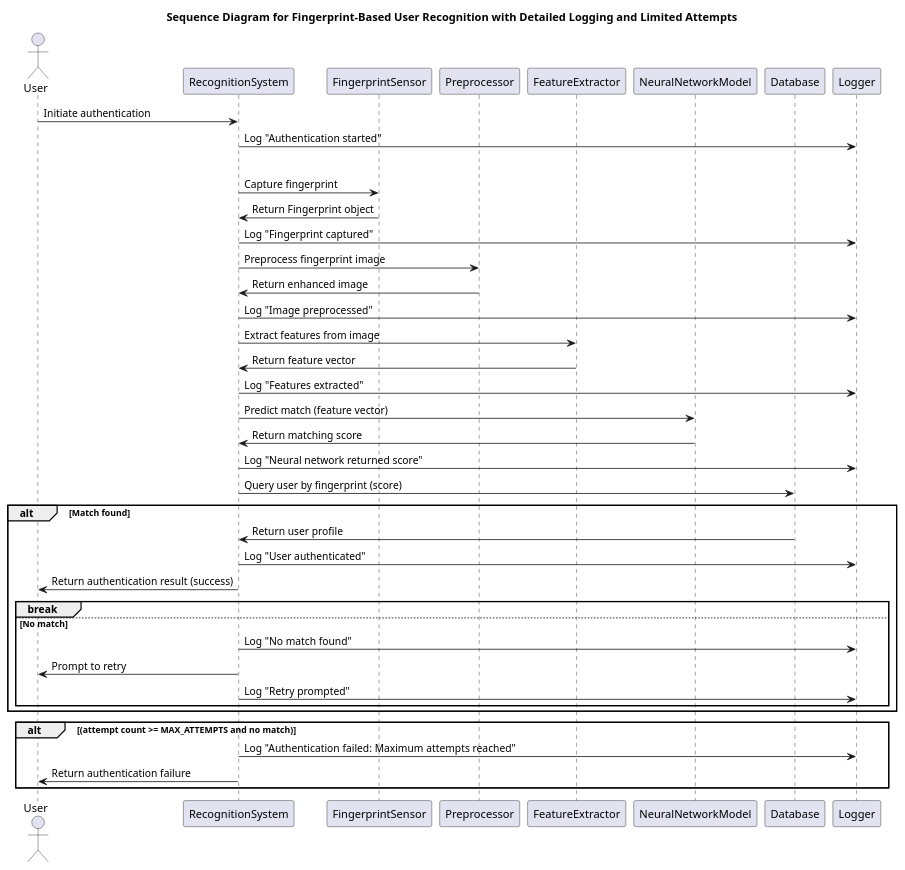
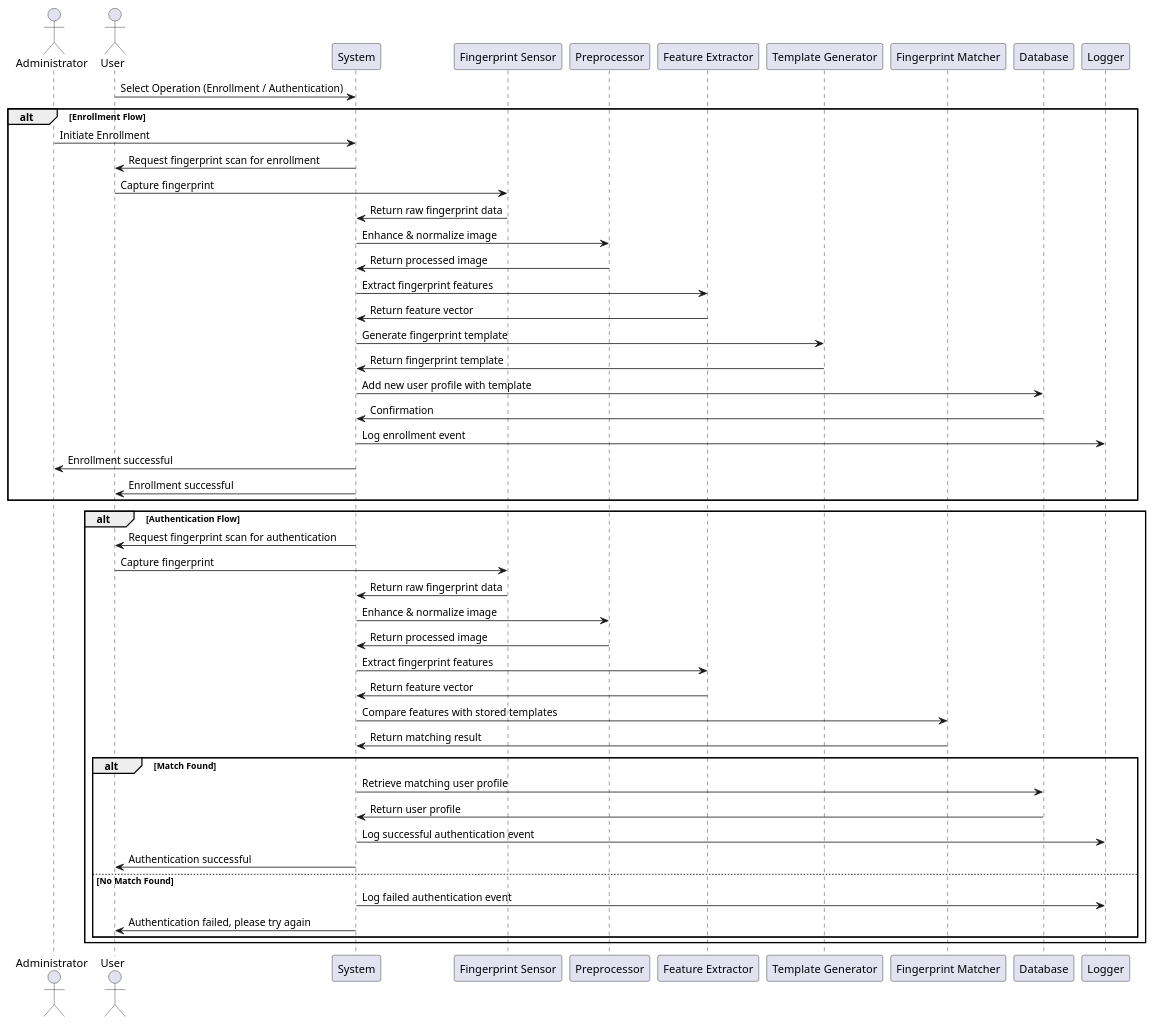
Before and after one commit to SkyTech131/Software-and-System-Developement: the diagram in Lab 3/Sequence_Diagram.puml, drawn with PlantUML. The commit also changed 1 other file, not shown here.

Commit message:
Updated Sequence Diagram to include Enrollment Flow

```diff
--- a/Lab 3/Sequence_Diagram.puml
+++ b/Lab 3/Sequence_Diagram.puml
@@ -1,51 +1,57 @@
 @startuml
-title Sequence Diagram for Fingerprint-Based User Recognition with Detailed Logging and Limited Attempts
+actor "Administrator" as Admin
+actor "User" as User
 
-actor User
-participant "RecognitionSystem" as RS
-participant "FingerprintSensor" as FS
-participant "Preprocessor" as PP
-participant "FeatureExtractor" as FE
-participant "NeuralNetworkModel" as NN
+participant "System" as System
+participant "Fingerprint Sensor" as Sensor
+participant "Preprocessor" as Preproc
+participant "Feature Extractor" as Extractor
+participant "Template Generator" as TemplateGen
+participant "Fingerprint Matcher" as Matcher
 participant "Database" as DB
-participant "Logger" as LG
+participant "Logger" as Log
 
-User -> RS: Initiate authentication
-RS -> LG: Log "Authentication started"
+' The system begins by asking the user to select an operation
+User -> System : Select Operation (Enrollment / Authentication)
 
-loop While (attempt count < MAX_ATTEMPTS)
-  RS -> FS: Capture fingerprint
-  FS -> RS: Return Fingerprint object
-  RS -> LG: Log "Fingerprint captured"
-  
-  RS -> PP: Preprocess fingerprint image
-  PP -> RS: Return enhanced image
-  RS -> LG: Log "Image preprocessed"
-  
-  RS -> FE: Extract features from image
-  FE -> RS: Return feature vector
-  RS -> LG: Log "Features extracted"
-  
-  RS -> NN: Predict match (feature vector)
-  NN -> RS: Return matching score
-  RS -> LG: Log "Neural network returned score"
-  
-  RS -> DB: Query user by fingerprint (score)
-  alt Match found
-    DB -> RS: Return user profile
-    RS -> LG: Log "User authenticated"
-    RS -> User: Return authentication result (success)
-    break
-  else No match
-    RS -> LG: Log "No match found"
-    RS -> User: Prompt to retry
-    RS -> LG: Log "Retry prompted"
+alt Enrollment Flow
+  ' Enrollment initiated by the administrator
+  Admin -> System : Initiate Enrollment
+  System -> User : Request fingerprint scan for enrollment
+  User -> Sensor : Capture fingerprint
+  Sensor -> System : Return raw fingerprint data
+  System -> Preproc : Enhance & normalize image
+  Preproc -> System : Return processed image
+  System -> Extractor : Extract fingerprint features
+  Extractor -> System : Return feature vector
+  System -> TemplateGen : Generate fingerprint template
+  TemplateGen -> System : Return fingerprint template
+  System -> DB : Add new user profile with template
+  DB -> System : Confirmation
+  System -> Log : Log enrollment event
+  System -> Admin : Enrollment successful
+  System -> User : Enrollment successful
+end
+
+alt Authentication Flow
+  System -> User : Request fingerprint scan for authentication
+  User -> Sensor : Capture fingerprint
+  Sensor -> System : Return raw fingerprint data
+  System -> Preproc : Enhance & normalize image
+  Preproc -> System : Return processed image
+  System -> Extractor : Extract fingerprint features
+  Extractor -> System : Return feature vector
+  System -> Matcher : Compare features with stored templates
+  Matcher -> System : Return matching result
+  alt Match Found
+    System -> DB : Retrieve matching user profile
+    DB -> System : Return user profile
+    System -> Log : Log successful authentication event
+    System -> User : Authentication successful
+  else No Match Found
+    System -> Log : Log failed authentication event
+    System -> User : Authentication failed, please try again
   end
 end
 
-alt (attempt count >= MAX_ATTEMPTS and no match)
-  RS -> LG: Log "Authentication failed: Maximum attempts reached"
-  RS -> User: Return authentication failure
-end
-
 @enduml
```
